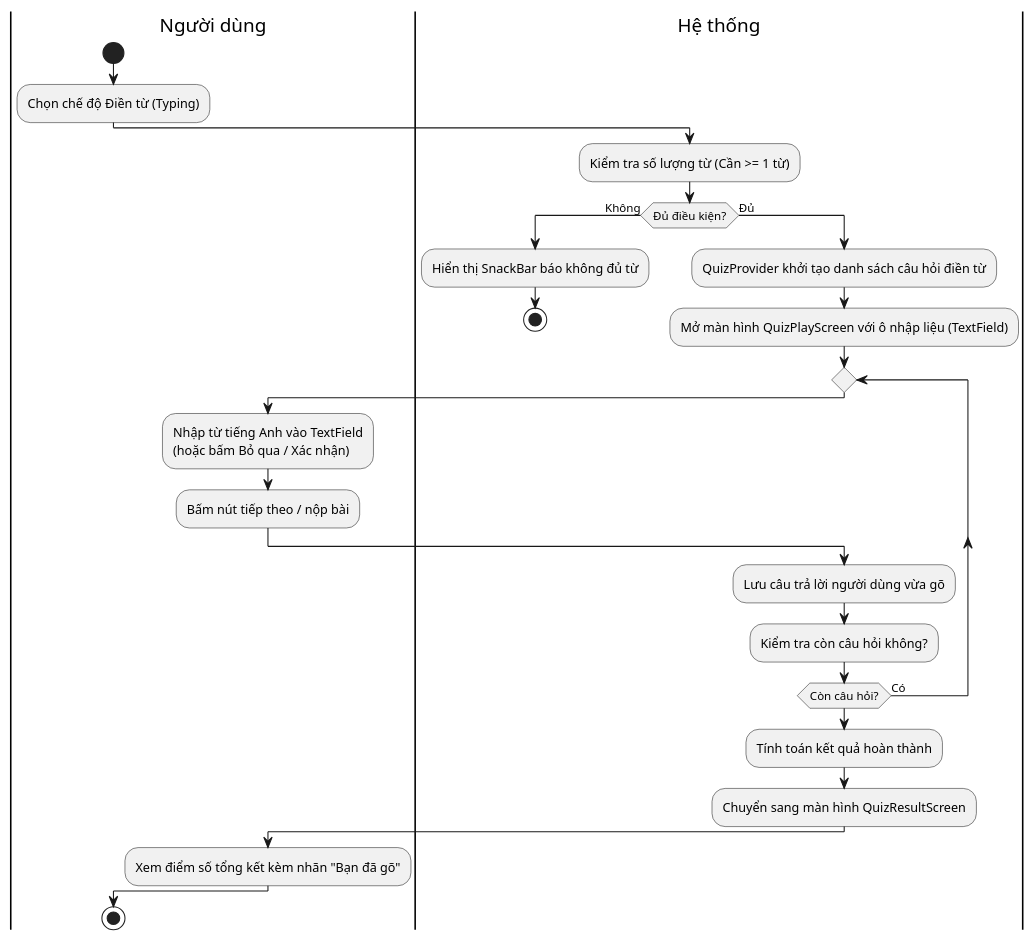
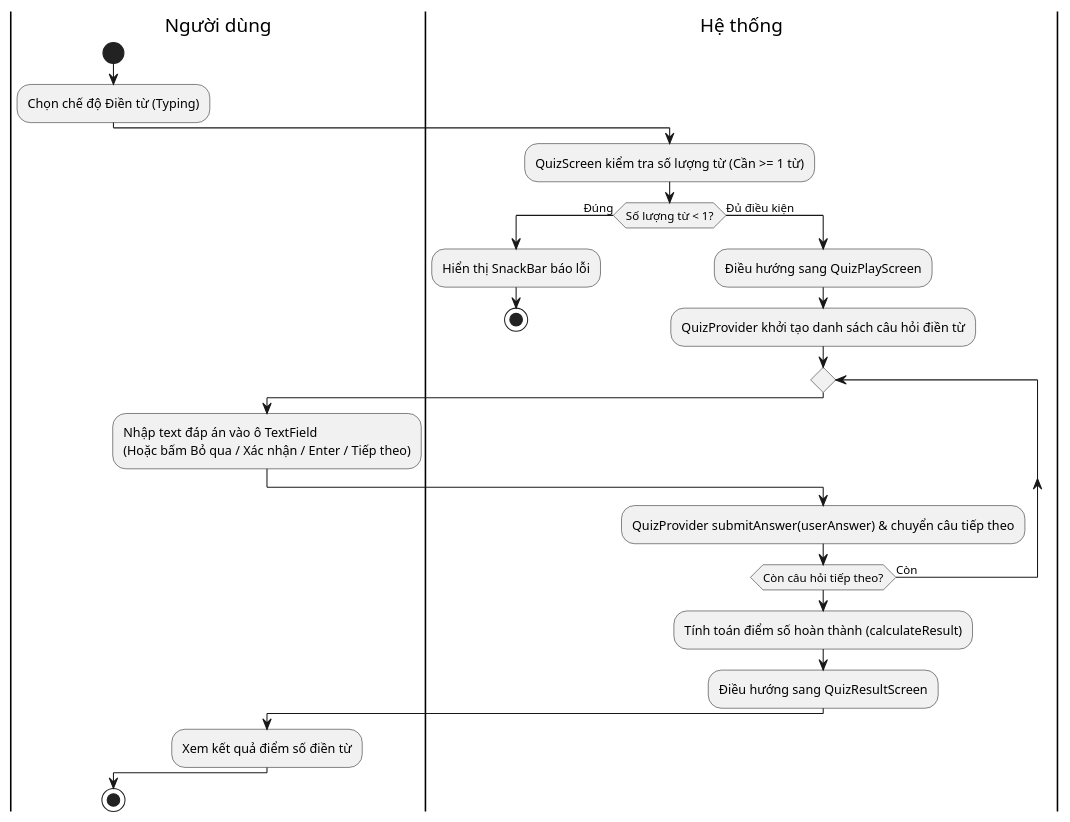
The diagram in docs/activity_quiz_typing.puml (hoang-adu/2026_2027_1_1_LTTBDD_N01_Nhom_2), drawn with PlantUML before and after one commit. The commit also changed 3 other files, not shown here.

Commit message:
docs: cập nhật chuẩn 4 sơ đồ hoạt động (activity diagrams)

```diff
--- a/docs/activity_quiz_typing.puml
+++ b/docs/activity_quiz_typing.puml
@@ -1,32 +1,31 @@
 @startuml
 |Người dùng|
 start
 :Chọn chế độ Điền từ (Typing);
 
 |Hệ thống|
-:Kiểm tra số lượng từ (Cần >= 1 từ);
-if (Đủ điều kiện?) then (Không)
-  :Hiển thị SnackBar báo không đủ từ;
+:QuizScreen kiểm tra số lượng từ (Cần >= 1 từ);
+if (Số lượng từ < 1?) then (Đúng)
+  :Hiển thị SnackBar báo lỗi;
   stop
-else (Đủ)
+else (Đủ điều kiện)
+  :Điều hướng sang QuizPlayScreen;
   :QuizProvider khởi tạo danh sách câu hỏi điền từ;
-  :Mở màn hình QuizPlayScreen với ô nhập liệu (TextField);
   
   repeat
     |Người dùng|
-    :Nhập từ tiếng Anh vào TextField\n(hoặc bấm Bỏ qua / Xác nhận);
-    :Bấm nút tiếp theo / nộp bài;
+    :Nhập text đáp án vào ô TextField\n(Hoặc bấm Bỏ qua / Xác nhận / Enter / Tiếp theo);
     
     |Hệ thống|
-    :Lưu câu trả lời người dùng vừa gõ;
-    :Kiểm tra còn câu hỏi không?;
-  repeat while (Còn câu hỏi?) is (Có)
+    :QuizProvider submitAnswer(userAnswer) & chuyển câu tiếp theo;
+  repeat while (Còn câu hỏi tiếp theo?) is (Còn)
   
   |Hệ thống|
-  :Tính toán kết quả hoàn thành;
-  :Chuyển sang màn hình QuizResultScreen;
+  :Tính toán điểm số hoàn thành (calculateResult);
+  :Điều hướng sang QuizResultScreen;
+  
   |Người dùng|
-  :Xem điểm số tổng kết kèm nhãn "Bạn đã gõ";
+  :Xem kết quả điểm số điền từ;
 endif
 stop
 @enduml
```
